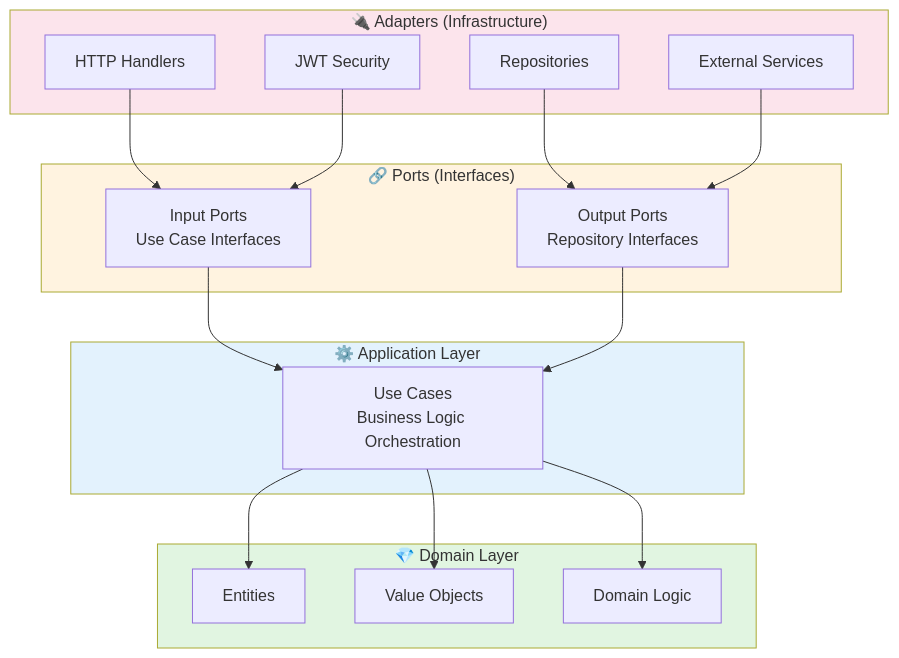
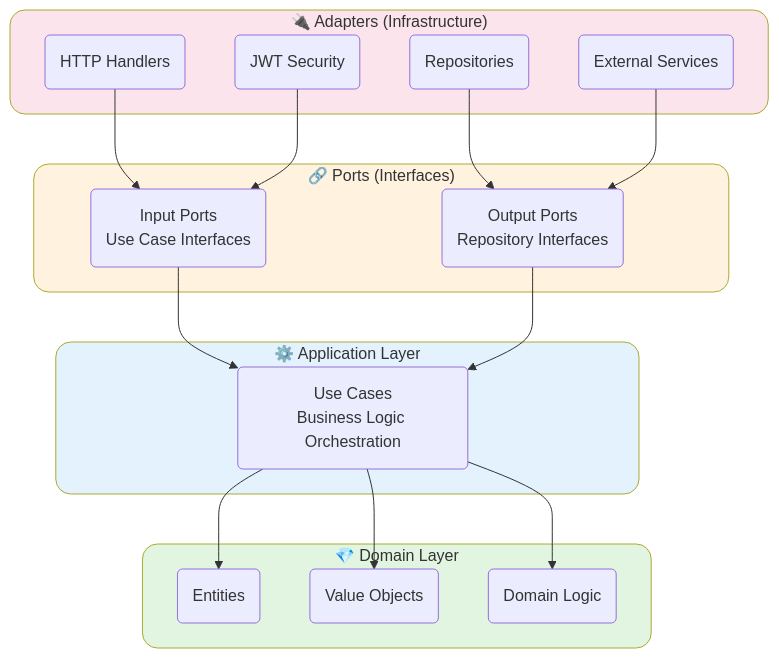
One commit to davidgaspardev/usermes-backend changed the first of 3 diagrams in README.md. Above: the diagram before and after it, drawn with Mermaid. The commit also changed other lines of this file, not shown here.

````diff
--- a/README.md
+++ b/README.md
@@ -32,39 +32,44 @@
 ```mermaid
 graph TB
     subgraph Adapters["🔌 Adapters (Infrastructure)"]
-        HTTP[HTTP Handlers]
-        DB[Repositories]
-        JWT[JWT Security]
-        EXT[External Services]
+        HTTP(HTTP Handlers)
+        DB(Repositories)
+        JWT(JWT Security)
+        EXT(External Services)
     end
     
     subgraph Ports["🔗 Ports (Interfaces)"]
-        INPUT[Input Ports<br/>Use Case Interfaces]
-        OUTPUT[Output Ports<br/>Repository Interfaces]
+        INPUT(Input Ports<br/>Use Case Interfaces)
+        OUTPUT(Output Ports<br/>Repository Interfaces)
     end
     
     subgraph Application["⚙️ Application Layer"]
-        UC[Use Cases<br/>Business Logic Orchestration]
+        UC(Use Cases<br/>Business Logic Orchestration)
     end
     
     subgraph Domain["💎 Domain Layer"]
-        ENT[Entities]
-        VO[Value Objects]
-        LOGIC[Domain Logic]
+        ENT(Entities)
+        VO(Value Objects)
+        LOGIC(Domain Logic)
     end
     
     HTTP --> INPUT
     DB --> OUTPUT
     JWT --> INPUT
     EXT --> OUTPUT
     INPUT --> UC
     OUTPUT --> UC
     UC --> ENT
     UC --> VO
     UC --> LOGIC
+
+    style Domain rx:15px,ry:15px
+    style Application rx:15px,ry:15px
+    style Ports rx:15px,ry:15px
+    style Adapters rx:15px,ry:15px
     
     style Domain fill:#e1f5e1
     style Application fill:#e3f2fd
     style Ports fill:#fff3e0
     style Adapters fill:#fce4ec
 ```
````
